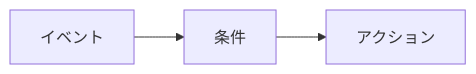
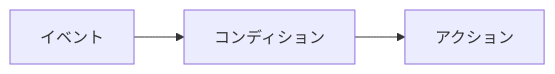
The diagram in ja/models/automations.mdx (wandb/docs), drawn with Mermaid before and after one commit. The commit also changed other lines of this file and 1188 other files, not shown here.

````diff
--- a/ja/models/automations.mdx
+++ b/ja/models/automations.mdx
@@ -20,5 +20,5 @@
 ```mermaid
 flowchart LR
-  Event[イベント] --> Condition[条件]
+  Event[イベント] --> Condition[コンディション]
   Condition --> Action[アクション]
 ```
````
